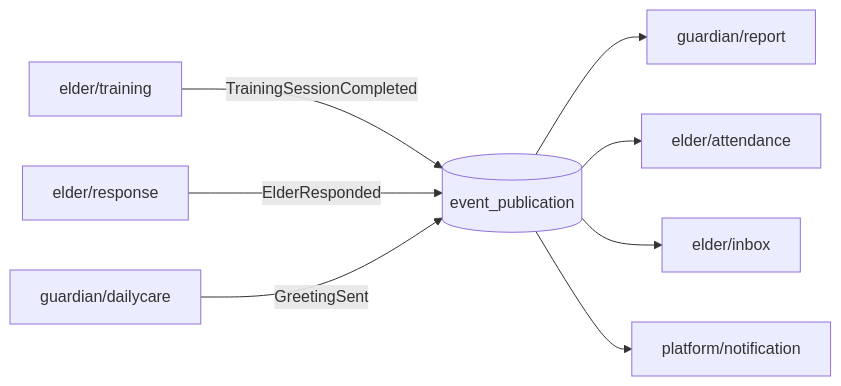
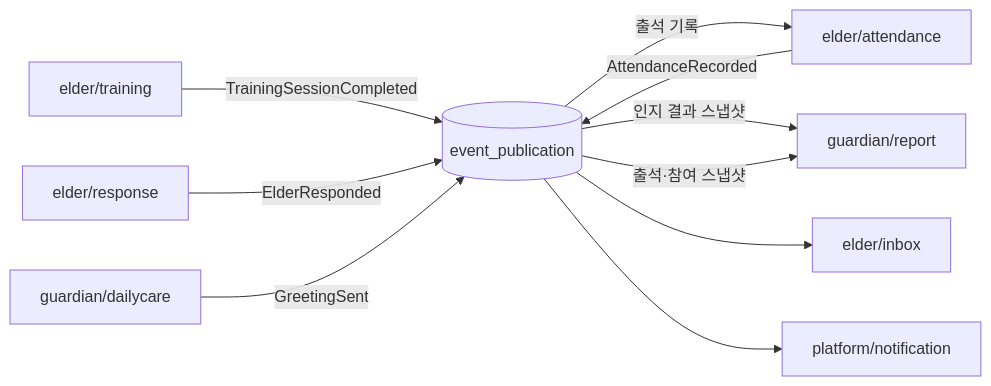
The fourth of 5 diagrams in docs/v2-architecture.md (memeboomemeboo/haemi-server-v2), drawn with Mermaid before and after one commit. The commit also changed other lines of this file and 3 other files, not shown here.

````diff
--- a/docs/v2-architecture.md
+++ b/docs/v2-architecture.md
@@ -244,10 +244,12 @@
 ```mermaid
 flowchart LR
     T[elder/training] -->|TrainingSessionCompleted| OB[(event_publication)]
-    OB --> R[guardian/report]
-    OB --> AT[elder/attendance]
+    OB -->|출석 기록| AT[elder/attendance]
+    OB -->|인지 결과 스냅샷| R[guardian/report]
+    AT -->|AttendanceRecorded| OB
+    OB -->|출석·참여 스냅샷| R
     RS[elder/response] -->|ElderResponded| OB
     DC[guardian/dailycare] -->|GreetingSent| OB
     OB --> IB[elder/inbox]
     OB --> N[platform/notification]
 ```
````
